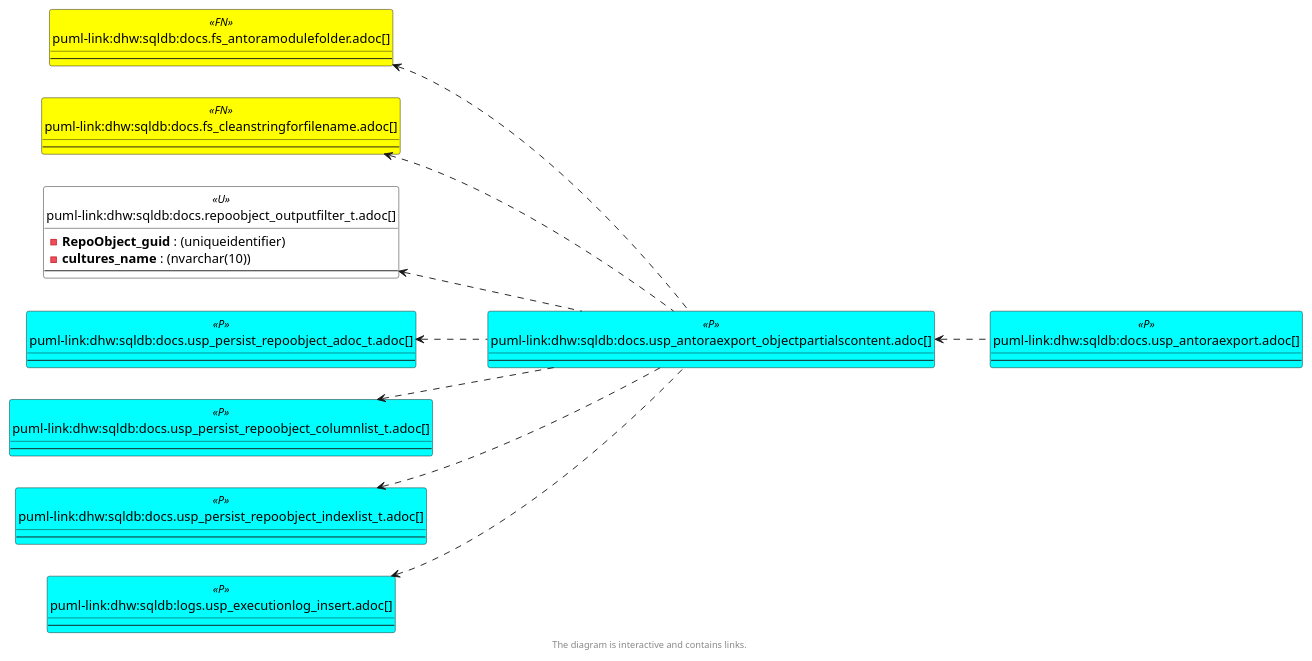
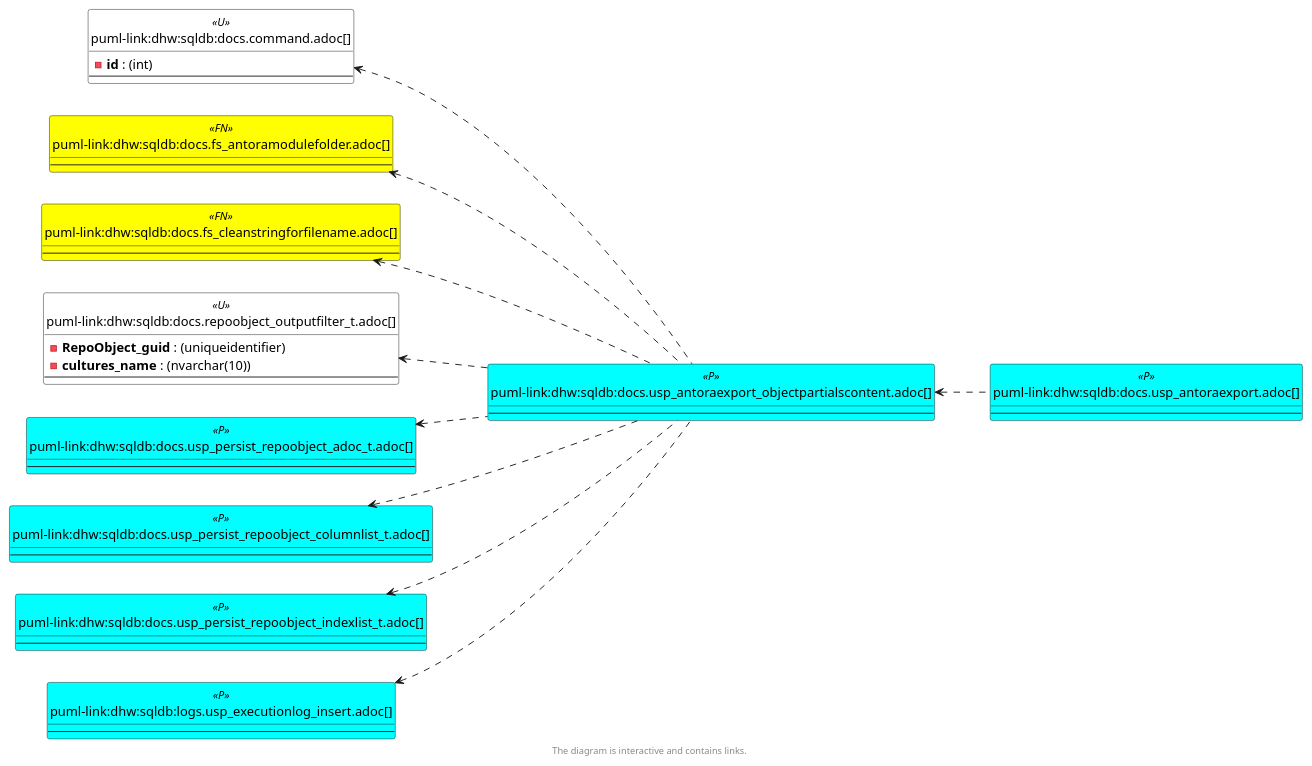
The third of 6 diagrams in docs/modules/sqldb/partials/content/docs.usp_antoraexport_objectpartialscontent.adoc (DataHandwerk/dhw-antora-sqldb), drawn with PlantUML before and after one commit. The commit also changed other lines of this file and 701 other files, not shown here.

```diff
--- a/docs/modules/sqldb/partials/content/docs.usp_antoraexport_objectpartialscontent.adoc
+++ b/docs/modules/sqldb/partials/content/docs.usp_antoraexport_objectpartialscontent.adoc
@@ -749,6 +759,11 @@
   BackgroundColor<<external>> AliceBlue
 }
 
+
+entity "puml-link:dhw:sqldb:docs.command.adoc[]" as docs.command << U >> {
+  - **id** : (int)
+  --
+}
 
 entity "puml-link:dhw:sqldb:docs.fs_antoramodulefolder.adoc[]" as docs.fs_AntoraModuleFolder << FN >> {
   --
@@ -788,6 +803,7 @@
   --
 }
 
+docs.command <.. docs.usp_AntoraExport_ObjectPartialsContent
 docs.fs_AntoraModuleFolder <.. docs.usp_AntoraExport_ObjectPartialsContent
 docs.fs_cleanStringForFilename <.. docs.usp_AntoraExport_ObjectPartialsContent
 docs.RepoObject_OutputFilter_T <.. docs.usp_AntoraExport_ObjectPartialsContent
```
